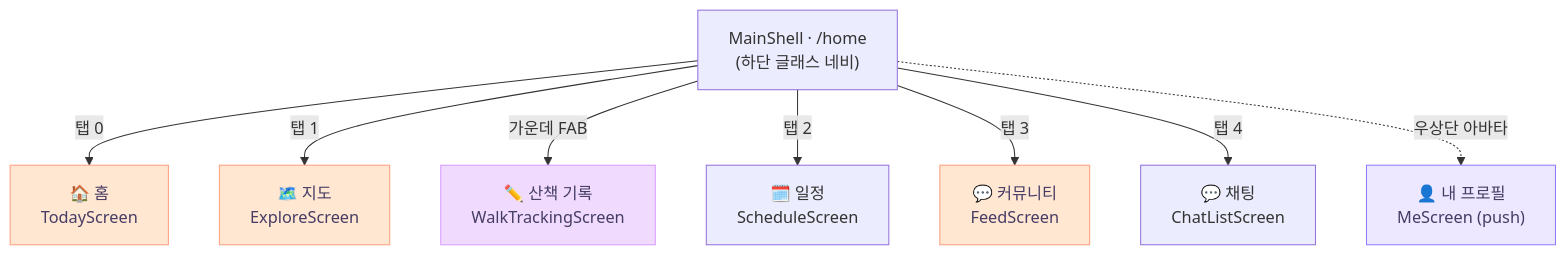
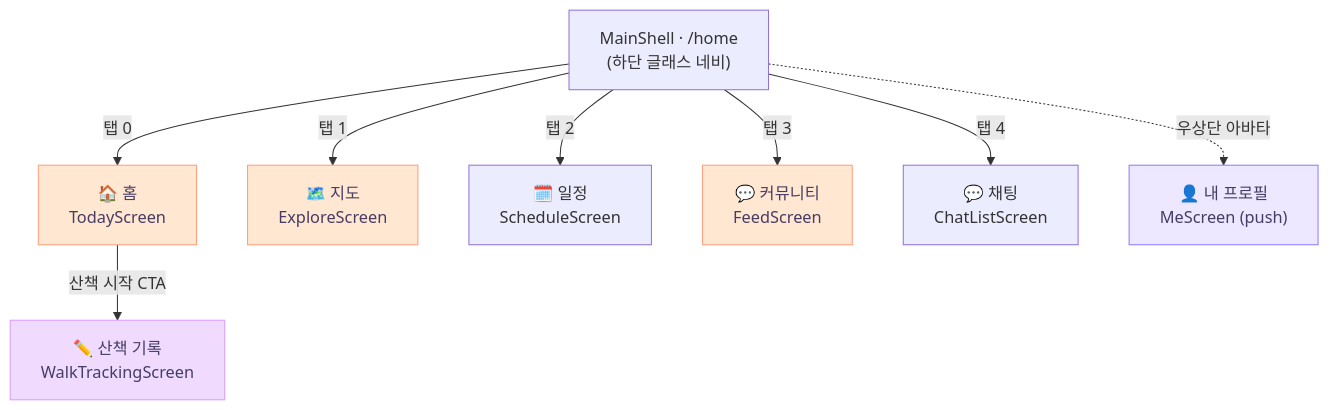
Before and after one commit to sanghyunbang/pawloop: the first of 8 diagrams in docs/01-design/information-architecture.md, drawn with Mermaid. The commit also changed other lines of this file and 10 other files, not shown here.

````diff
--- a/docs/01-design/information-architecture.md
+++ b/docs/01-design/information-architecture.md
@@ -22,20 +22,20 @@
 ```mermaid
 graph TD
     Root["MainShell · /home<br/>(하단 글래스 네비)"]
 
     Root -->|탭 0| Home["🏠 홈<br/>TodayScreen"]
     Root -->|탭 1| Map["🗺️ 지도<br/>ExploreScreen"]
-    Root -->|가운데 FAB| Walk["✏️ 산책 기록<br/>WalkTrackingScreen"]
+    Home -->|"산책 시작" CTA| Walk["✏️ 산책 기록<br/>WalkTrackingScreen"]
     Root -->|탭 2| Schedule["🗓️ 일정<br/>ScheduleScreen"]
     Root -->|탭 3| Community["💬 커뮤니티<br/>FeedScreen"]
     Root -->|탭 4| Chat["💬 채팅<br/>ChatListScreen"]
 
     Root -.우상단 아바타.-> Me["👤 내 프로필<br/>MeScreen (push)"]
 
     classDef tab fill:#FFE7D2,stroke:#FF9E7D,color:#463C64;
     classDef fab fill:#F0DBFF,stroke:#D89BFF,color:#463C64;
     classDef global fill:#EDE7FF,stroke:#8E7BFF,color:#463C64;
     class Home,Map,Community,Stats tab;
     class Walk fab;
     class Me global;
 ```
````
